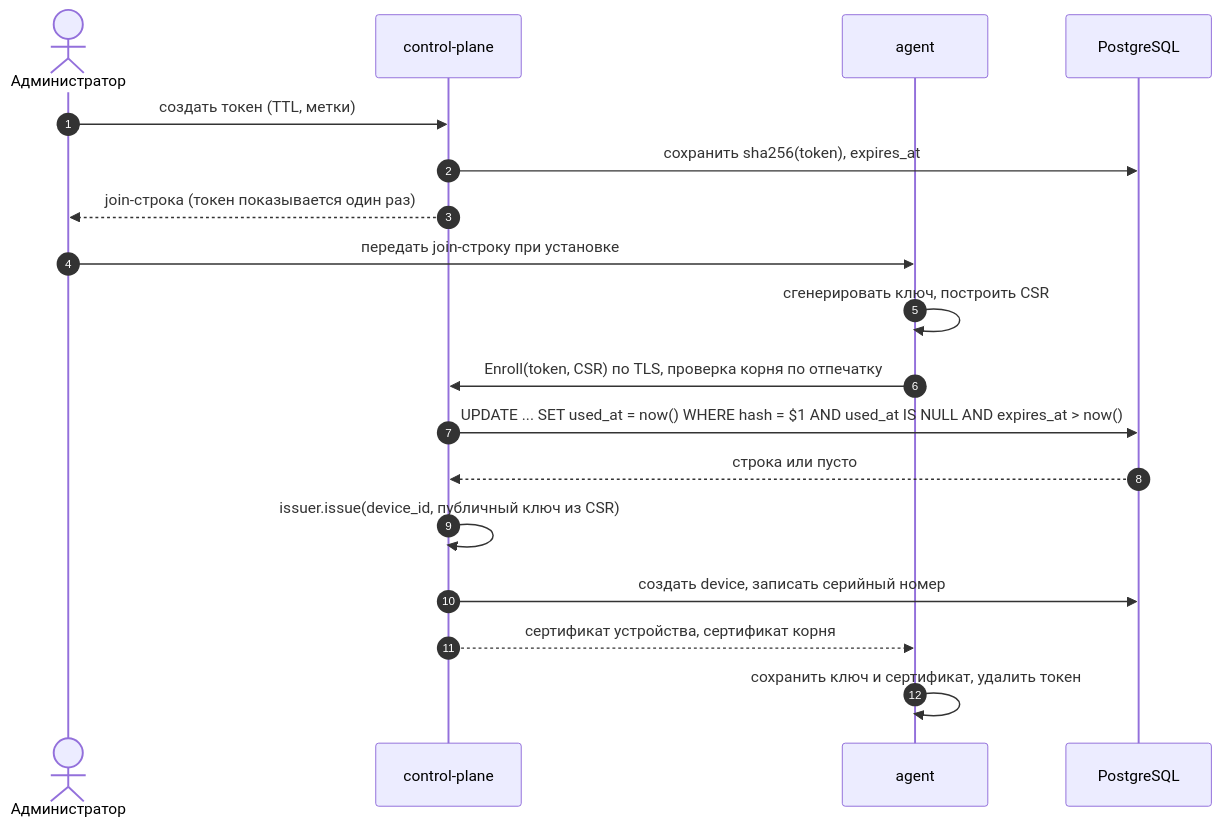
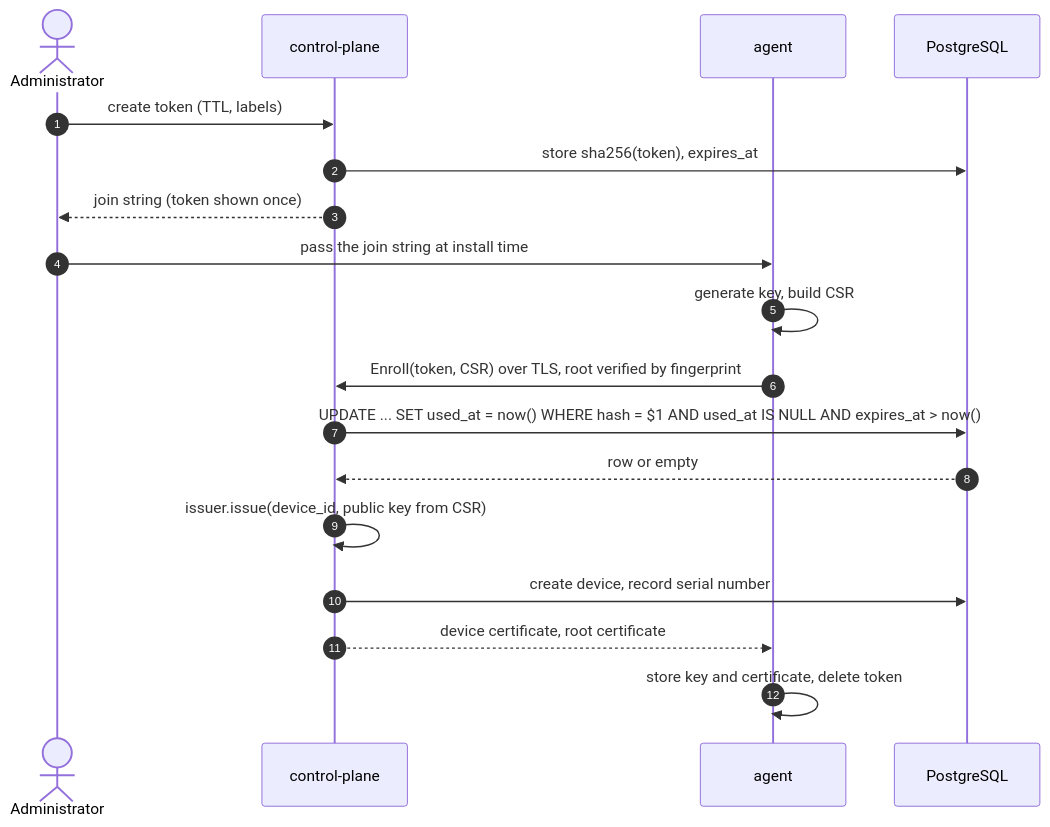
The third of 5 diagrams in docs/src/architecture/02-agent-identity.md (GrandAdmiralBee/fleetwatch), drawn with Mermaid before and after one commit. The commit also changed other lines of this file and 2 other files, not shown here.

````diff
--- a/docs/src/architecture/02-agent-identity.md
+++ b/docs/src/architecture/02-agent-identity.md
@@ -115,21 +115,21 @@
 ```mermaid
 sequenceDiagram
     autonumber
-    actor Admin as Администратор
+    actor Admin as Administrator
     participant CP as control-plane
     participant Ag as agent
     participant DB as PostgreSQL
 
-    Admin->>CP: создать токен (TTL, метки)
-    CP->>DB: сохранить sha256(token), expires_at
-    CP-->>Admin: join-строка (токен показывается один раз)
-    Admin->>Ag: передать join-строку при установке
-    Ag->>Ag: сгенерировать ключ, построить CSR
-    Ag->>CP: Enroll(token, CSR) по TLS, проверка корня по отпечатку
+    Admin->>CP: create token (TTL, labels)
+    CP->>DB: store sha256(token), expires_at
+    CP-->>Admin: join string (token shown once)
+    Admin->>Ag: pass the join string at install time
+    Ag->>Ag: generate key, build CSR
+    Ag->>CP: Enroll(token, CSR) over TLS, root verified by fingerprint
     CP->>DB: UPDATE ... SET used_at = now() WHERE hash = $1 AND used_at IS NULL AND expires_at > now()
-    DB-->>CP: строка или пусто
-    CP->>CP: issuer.issue(device_id, публичный ключ из CSR)
-    CP->>DB: создать device, записать серийный номер
-    CP-->>Ag: сертификат устройства, сертификат корня
-    Ag->>Ag: сохранить ключ и сертификат, удалить токен
+    DB-->>CP: row or empty
+    CP->>CP: issuer.issue(device_id, public key from CSR)
+    CP->>DB: create device, record serial number
+    CP-->>Ag: device certificate, root certificate
+    Ag->>Ag: store key and certificate, delete token
 ```
````
